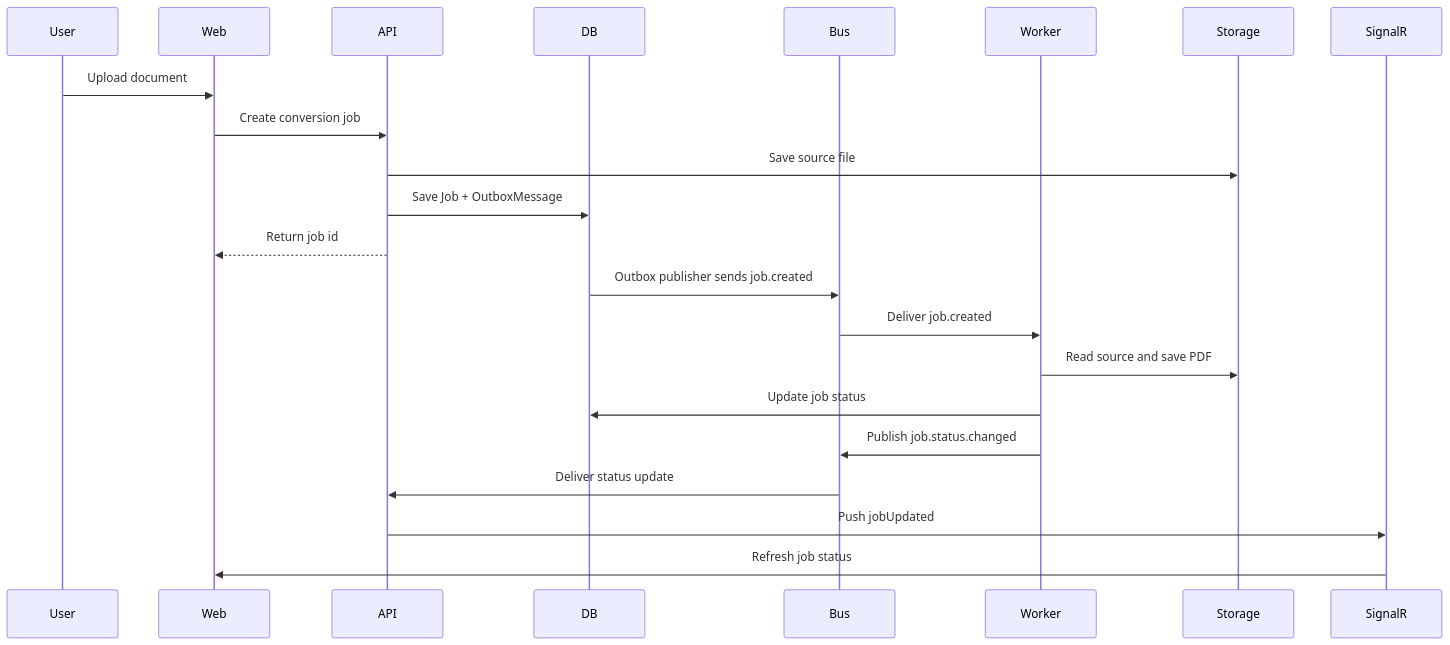
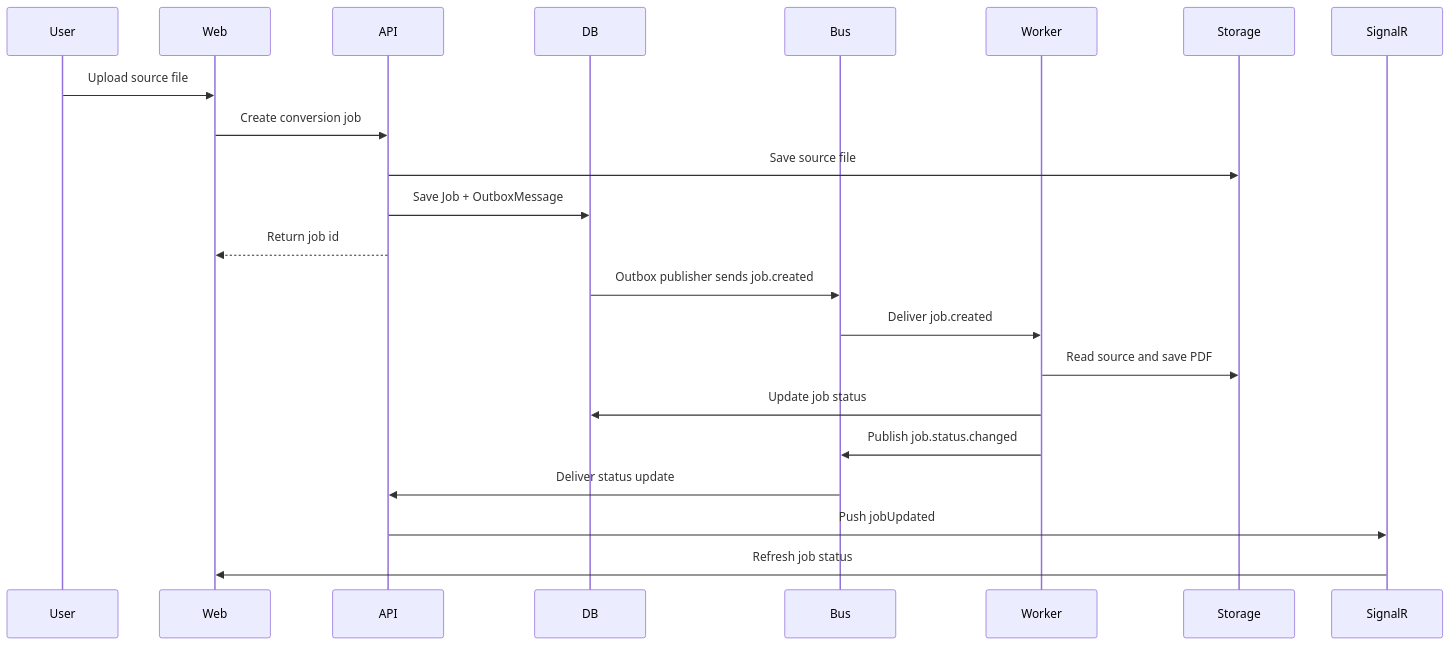
The second of 2 diagrams in README.md (haoyucheng369-gif/document-pipeline), drawn with Mermaid before and after one commit. The commit also changed other lines of this file, not shown here.

````diff
--- a/README.md
+++ b/README.md
@@ -48,26 +43,26 @@
 ```mermaid
 sequenceDiagram
     participant User
     participant Web
     participant API
     participant DB
     participant Bus
     participant Worker
     participant Storage
     participant SignalR
 
-    User->>Web: Upload document
+    User->>Web: Upload source file
     Web->>API: Create conversion job
     API->>Storage: Save source file
     API->>DB: Save Job + OutboxMessage
     API-->>Web: Return job id
 
     DB->>Bus: Outbox publisher sends job.created
     Bus->>Worker: Deliver job.created
     Worker->>Storage: Read source and save PDF
     Worker->>DB: Update job status
     Worker->>Bus: Publish job.status.changed
     Bus->>API: Deliver status update
     API->>SignalR: Push jobUpdated
     SignalR->>Web: Refresh job status
 ```
````
